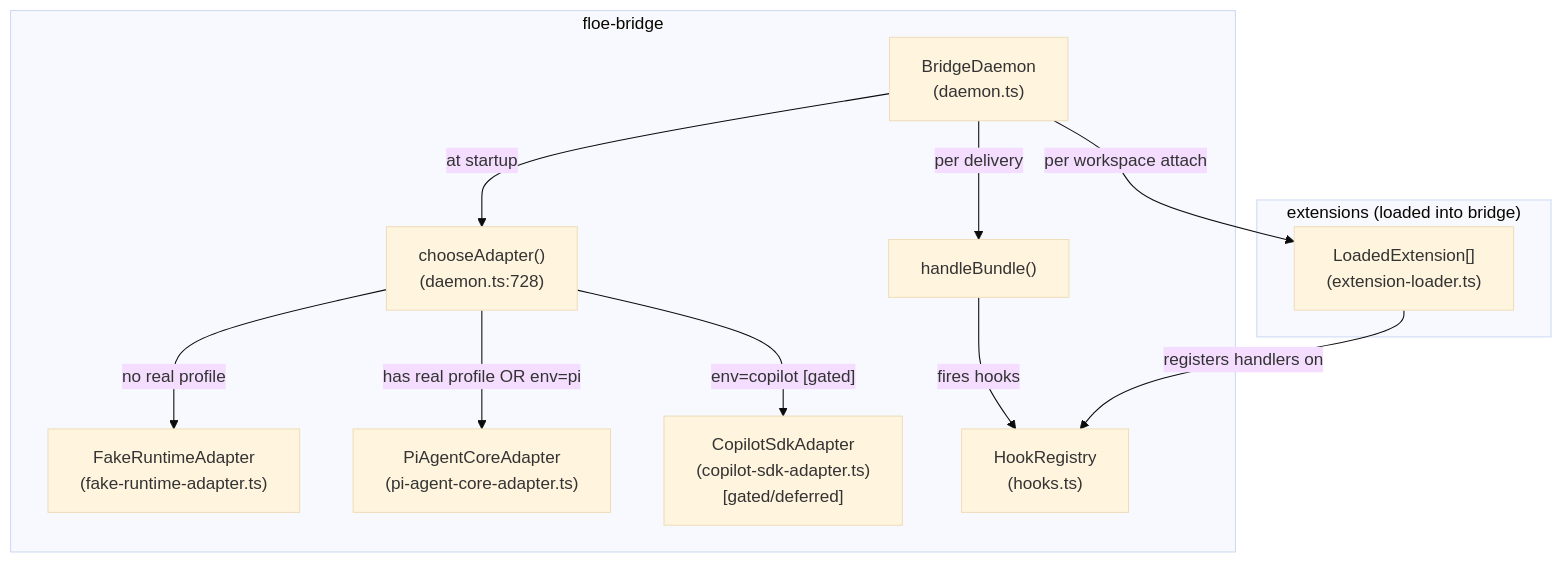
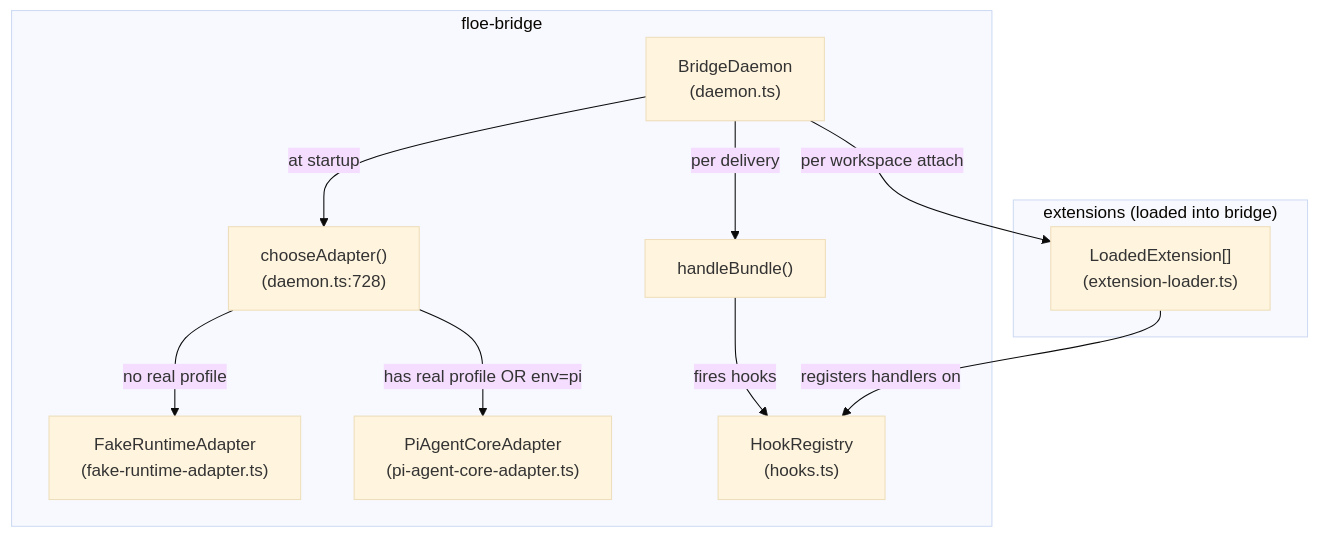
Before and after one commit to floe-ai/floe-substrate: the fifth of 8 diagrams in docs/architecture/overview.md, drawn with Mermaid (base theme). The commit also changed other lines of this file and 3 other files, not shown here.

First line of the commit message:
refactor: remove dishonest Copilot adapter and floe-runtime alias

````diff
--- a/docs/architecture/overview.md
+++ b/docs/architecture/overview.md
@@ -205,26 +205,24 @@
 ```mermaid
 graph TD
     subgraph BRIDGE["floe-bridge"]
         BD["BridgeDaemon\n(daemon.ts)"]
         CA["chooseAdapter()\n(daemon.ts:728)"]
         FA["FakeRuntimeAdapter\n(fake-runtime-adapter.ts)"]
         PA["PiAgentCoreAdapter\n(pi-agent-core-adapter.ts)"]
-        CS["CopilotSdkAdapter\n(copilot-sdk-adapter.ts)\n[gated/deferred]"]
         HR["HookRegistry\n(hooks.ts)"]
         TURN["handleBundle()"]
     end
 
     subgraph EXTS["extensions (loaded into bridge)"]
         EXT["LoadedExtension[]\n(extension-loader.ts)"]
     end
 
     BD -->|"at startup"| CA
     CA -->|"no real profile"| FA
     CA -->|"has real profile OR env=pi"| PA
-    CA -->|"env=copilot [gated]"| CS
 
     BD -->|"per workspace attach"| EXT
     EXT -->|"registers handlers on"| HR
     BD -->|"per delivery"| TURN
     TURN -->|"fires hooks"| HR
 ```
````
